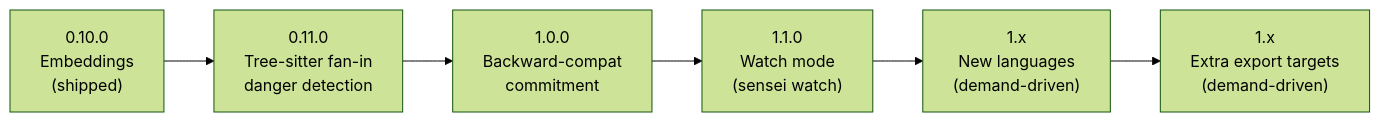
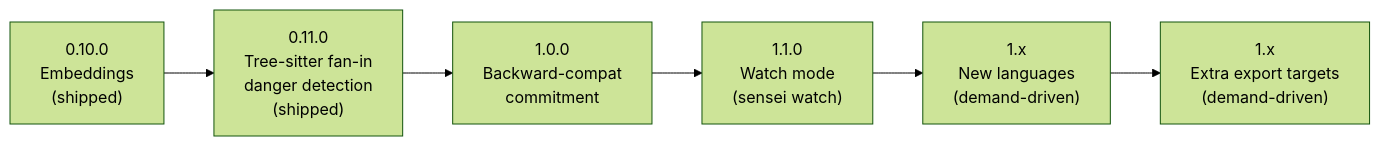
One commit to deneuv34/sensei changed the diagram in docs/superpowers/specs/2026-06-20-sensei-roadmap.md. Above: the diagram before and after it, drawn with Mermaid (forest theme). The commit also changed other lines of this file and 3 other files, not shown here.

Commit message:
docs: release 0.11.0 — tree-sitter fan-in danger detection

````diff
--- a/docs/superpowers/specs/2026-06-20-sensei-roadmap.md
+++ b/docs/superpowers/specs/2026-06-20-sensei-roadmap.md
@@ -99,8 +88,8 @@
 ```mermaid
 flowchart LR
-    A["0.10.0\nEmbeddings\n(shipped)"] --> B["0.11.0\nTree-sitter fan-in\ndanger detection"]
+    A["0.10.0\nEmbeddings\n(shipped)"] --> B["0.11.0\nTree-sitter fan-in\ndanger detection\n(shipped)"]
     B --> C["1.0.0\nBackward-compat\ncommitment"]
     C --> D["1.1.0\nWatch mode\n(sensei watch)"]
     D --> E["1.x\nNew languages\n(demand-driven)"]
     E --> F["1.x\nExtra export targets\n(demand-driven)"]
 ```
````
